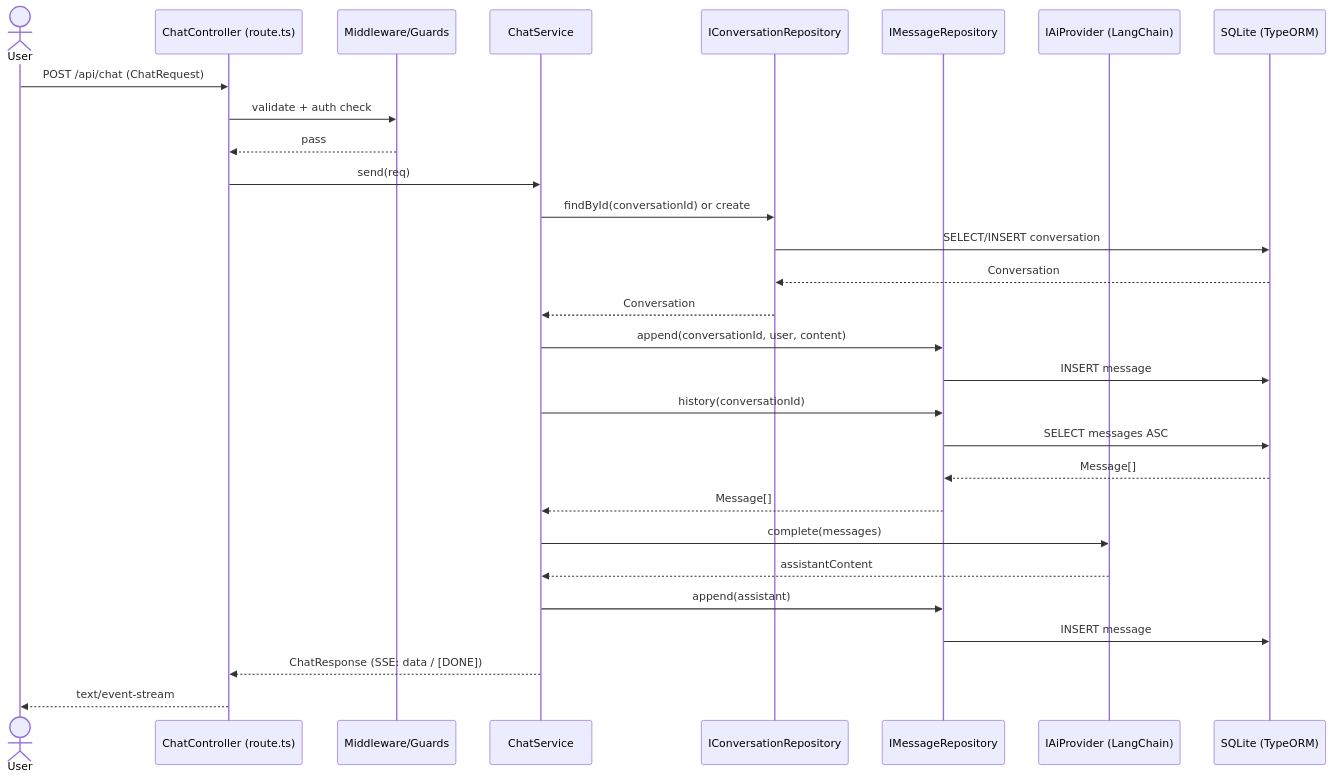
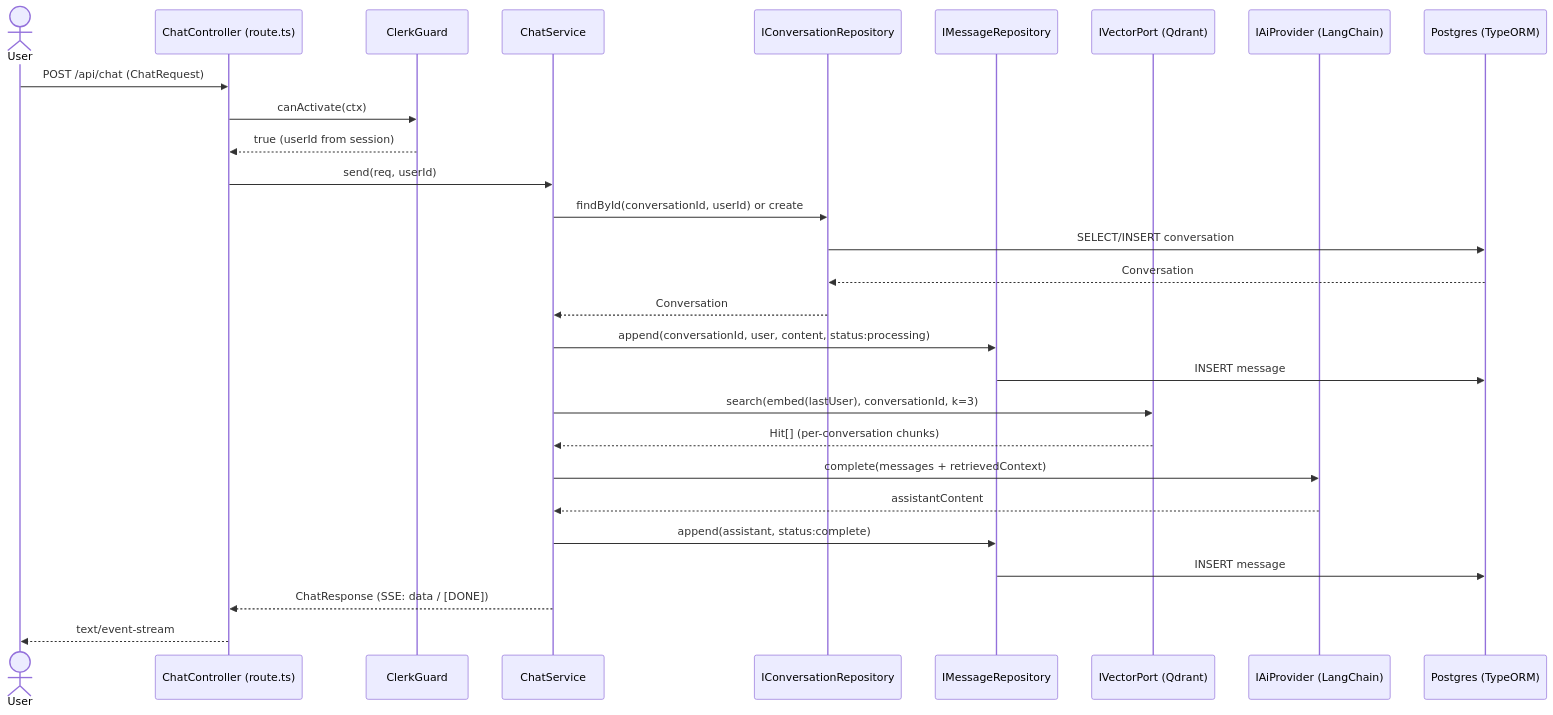
One commit to Glitch-guy0/chaiGPT changed the first of 6 diagrams in _bmad-output/planning-artifacts/03-sequence.md. Above: the diagram before and after it, drawn with Mermaid. The commit also changed other lines of this file and 5 other files, not shown here.

````diff
--- a/_bmad-output/planning-artifacts/03-sequence.md
+++ b/_bmad-output/planning-artifacts/03-sequence.md
@@ -7,32 +7,31 @@
 ```mermaid
 sequenceDiagram
     actor User
     participant C as ChatController (route.ts)
-    participant MW as Middleware/Guards
+    participant G as ClerkGuard
     participant S as ChatService
     participant CR as IConversationRepository
     participant MR as IMessageRepository
+    participant VEC as IVectorPort (Qdrant)
     participant AI as IAiProvider (LangChain)
-    participant DB as SQLite (TypeORM)
+    participant DB as Postgres (TypeORM)
 
     User->>C: POST /api/chat (ChatRequest)
-    C->>MW: validate + auth check
-    MW-->>C: pass
-    C->>S: send(req)
-    S->>CR: findById(conversationId) or create
+    C->>G: canActivate(ctx)
+    G-->>C: true (userId from session)
+    C->>S: send(req, userId)
+    S->>CR: findById(conversationId, userId) or create
     CR->>DB: SELECT/INSERT conversation
     DB-->>CR: Conversation
     CR-->>S: Conversation
-    S->>MR: append(conversationId, user, content)
+    S->>MR: append(conversationId, user, content, status:processing)
     MR->>DB: INSERT message
-    S->>MR: history(conversationId)
-    MR->>DB: SELECT messages ASC
-    DB-->>MR: Message[]
-    MR-->>S: Message[]
-    S->>AI: complete(messages)
+    S->>VEC: search(embed(lastUser), conversationId, k=3)
+    VEC-->>S: Hit[] (per-conversation chunks)
+    S->>AI: complete(messages + retrievedContext)
     AI-->>S: assistantContent
-    S->>MR: append(assistant)
+    S->>MR: append(assistant, status:complete)
     MR->>DB: INSERT message
     S-->>C: ChatResponse (SSE: data / [DONE])
     C-->>User: text/event-stream
 ```
````
